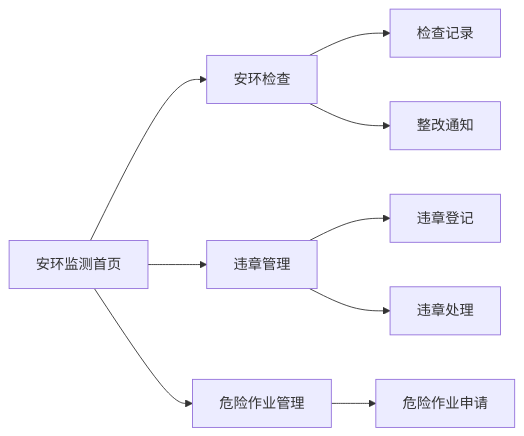
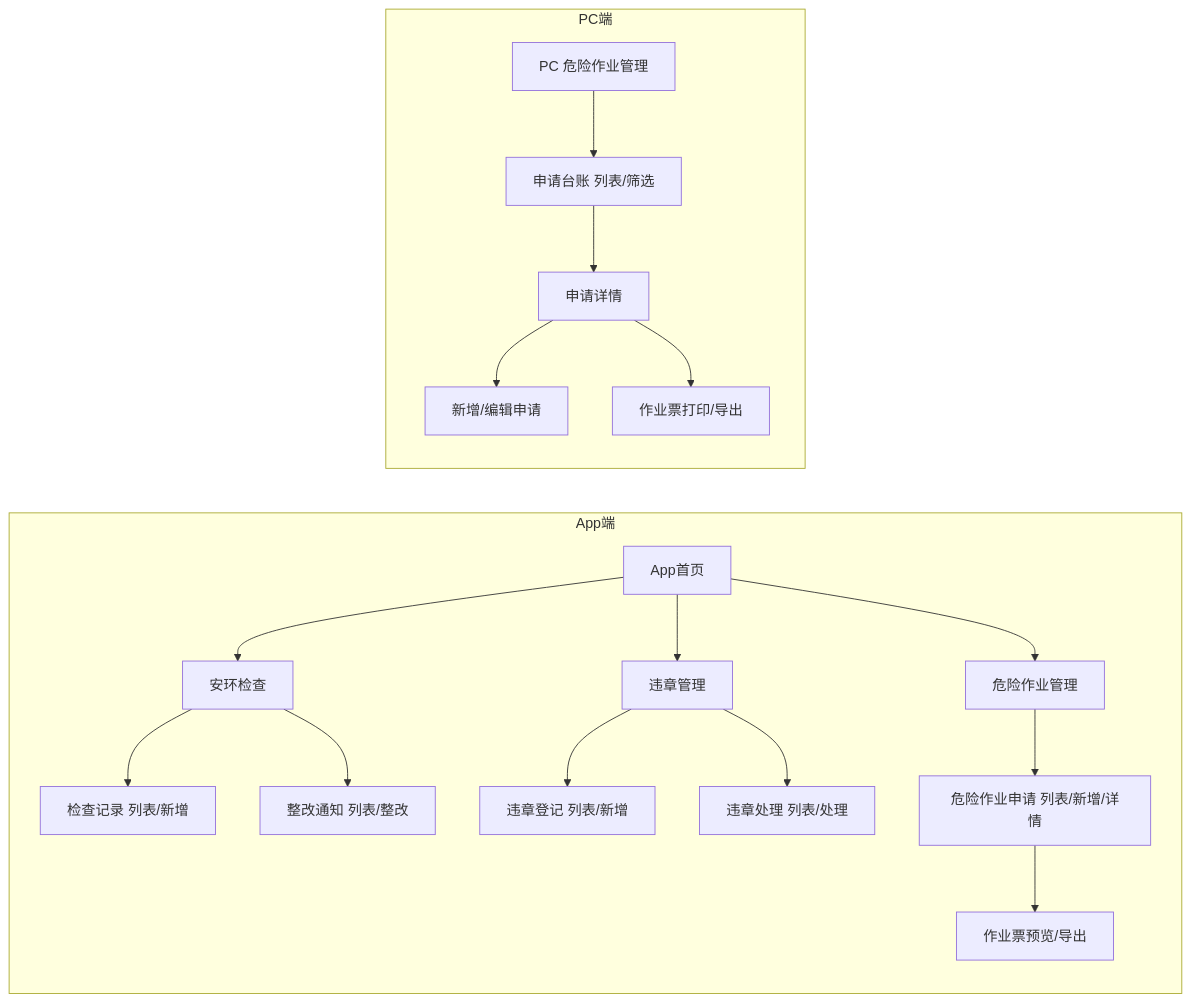
One commit to liaoliao66/SES changed the fourth of 9 diagrams in docs/versions/v1.0.0/prd.md. Above: the diagram before and after it, drawn with Mermaid. The commit also changed other lines of this file and 14 other files, not shown here.

````diff
--- a/docs/versions/v1.0.0/prd.md
+++ b/docs/versions/v1.0.0/prd.md
@@ -67,11 +121,20 @@
 ```mermaid
 flowchart LR
-  Home[安环监测首页] --> Check[安环检查]
-  Home --> Violation[违章管理]
-  Home --> WorkPermit[危险作业管理]
-  Check --> CheckRecord[检查记录]
-  Check --> RectNotice[整改通知]
-  Violation --> VReg[违章登记]
-  Violation --> VHandle[违章处理]
-  WorkPermit --> WPApply[危险作业申请]
+  subgraph App端
+    Home[App首页] --> Check[安环检查]
+    Home --> Violation[违章管理]
+    Home --> Permits[危险作业管理]
+    Check --> Rec[检查记录 列表/新增]
+    Check --> Rect[整改通知 列表/整改]
+    Violation --> VReg[违章登记 列表/新增]
+    Violation --> VHandle[违章处理 列表/处理]
+    Permits --> WP[危险作业申请 列表/新增/详情]
+    WP --> WPTicket[作业票预览/导出]
+  end
+  subgraph PC端
+    PCHome[PC 危险作业管理] --> PCList[申请台账 列表/筛选]
+    PCList --> PCDetail[申请详情]
+    PCDetail --> PCForm[新增/编辑申请]
+    PCDetail --> PCTicket[作业票打印/导出]
+  end
 ```
````
